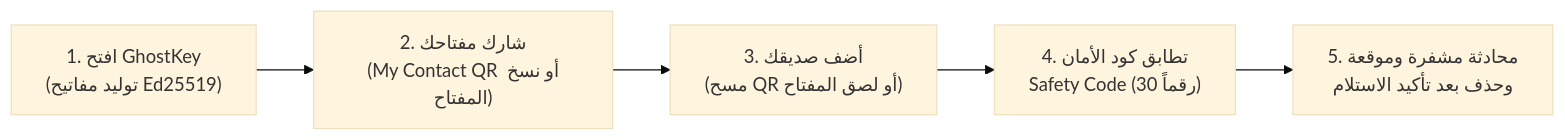
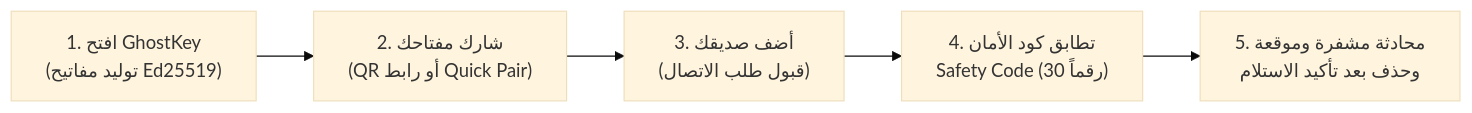
One commit to ahmed-elbasyony123/Anti-jail changed the second of 2 diagrams in README.md. Above: the diagram before and after it, drawn with Mermaid (base theme). The commit also changed other lines of this file, not shown here.

````diff
--- a/README.md
+++ b/README.md
@@ -165,7 +215,7 @@
 ```mermaid
 flowchart LR
-    A["1. افتح GhostKey\n(توليد مفاتيح Ed25519)"] --> B["2. شارك مفتاحك\n(My Contact QR أو نسخ المفتاح)"]
-    B --> C["3. أضف صديقك\n(مسح QR أو لصق المفتاح)"]
+    A["1. افتح GhostKey\n(توليد مفاتيح Ed25519)"] --> B["2. شارك مفتاحك\n(QR أو رابط Quick Pair)"]
+    B --> C["3. أضف صديقك\n(قبول طلب الاتصال)"]
     C --> D["4. تطابق كود الأمان\nSafety Code (30 رقماً)"]
     D --> E["5. محادثة مشفرة وموقعة\nوحذف بعد تأكيد الاستلام"]
 ```
````
